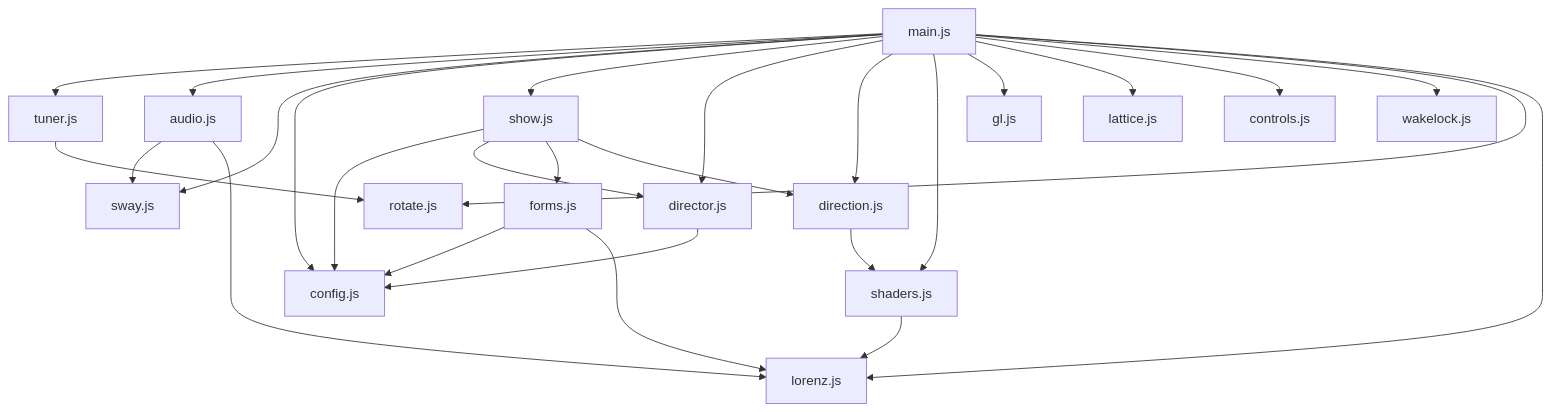
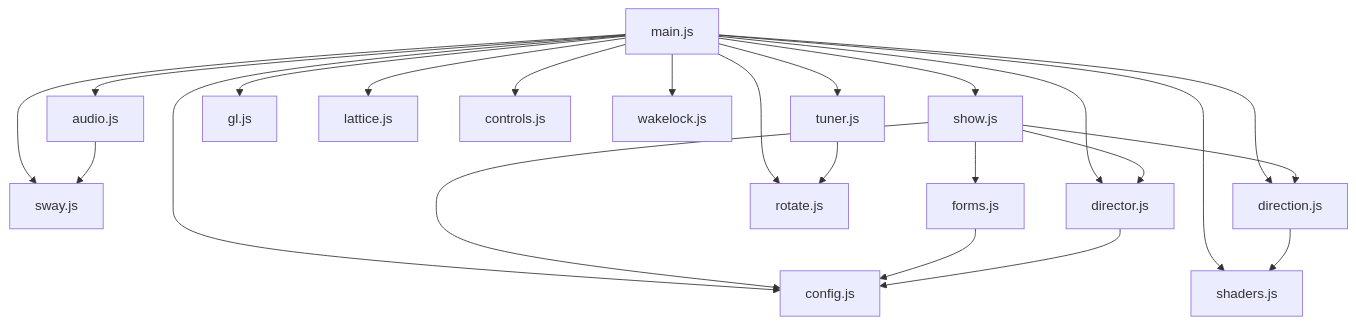
The third of 3 diagrams in docs/design.md (sf624/rain-of-light), drawn with Mermaid before and after one commit. The commit also changed other lines of this file and 26 other files, not shown here.

````diff
--- a/docs/design.md
+++ b/docs/design.md
@@ -928,29 +900,25 @@
 ```mermaid
 flowchart TD
   main["main.js"] --> tuner["tuner.js"]
   main --> audio["audio.js"]
   main --> sway["sway.js"]
   main --> config["config.js"]
   main --> show["show.js"]
   main --> director["director.js"]
   main --> direction["direction.js"]
   main --> shaders["shaders.js"]
   main --> gl["gl.js"]
   main --> lattice["lattice.js"]
   main --> controls["controls.js"]
   main --> wakelock["wakelock.js"]
   main --> rotate["rotate.js"]
   tuner --> rotate
   audio --> sway
   show --> config
   show --> director
   show --> forms["forms.js"]
   show --> direction
   forms --> config
-  forms --> lorenz["lorenz.js"]
-  main --> lorenz
-  shaders --> lorenz
-  audio --> lorenz
   director --> config
   direction --> shaders
 ```
````
